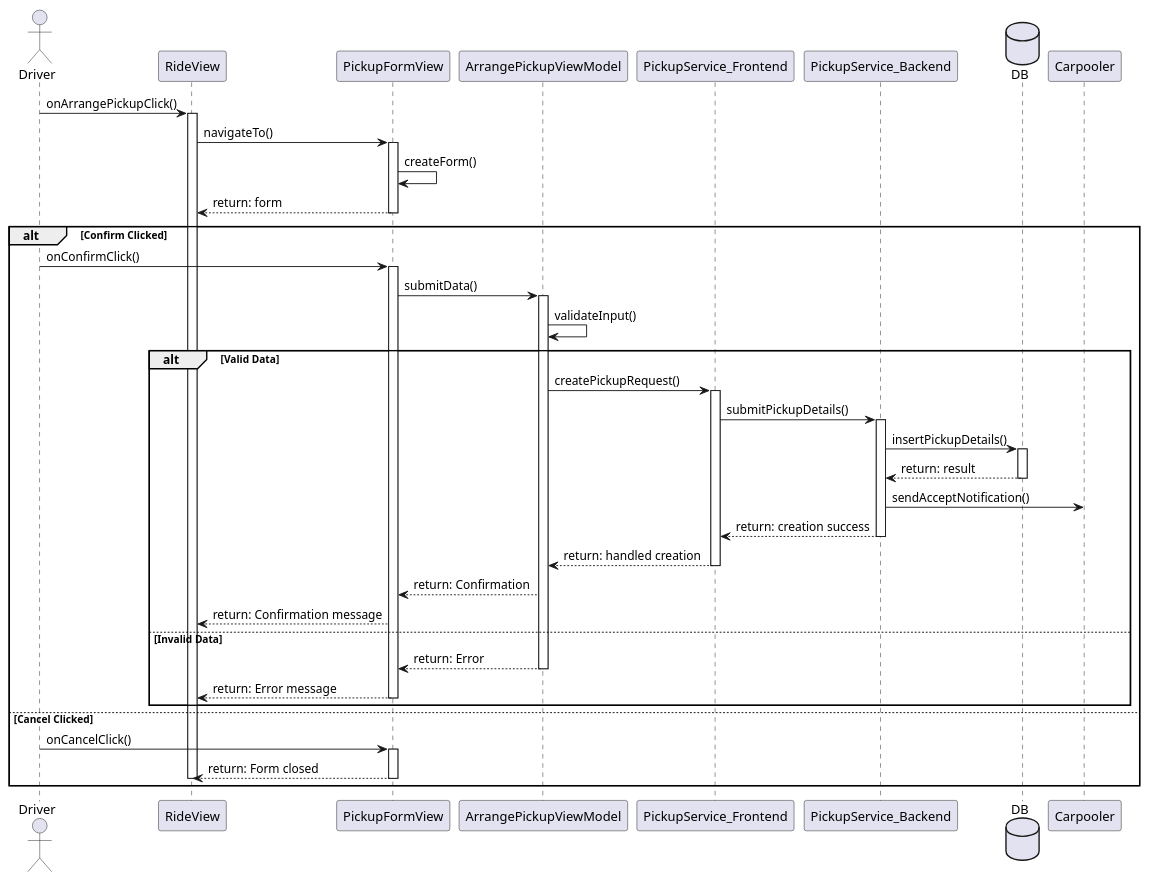
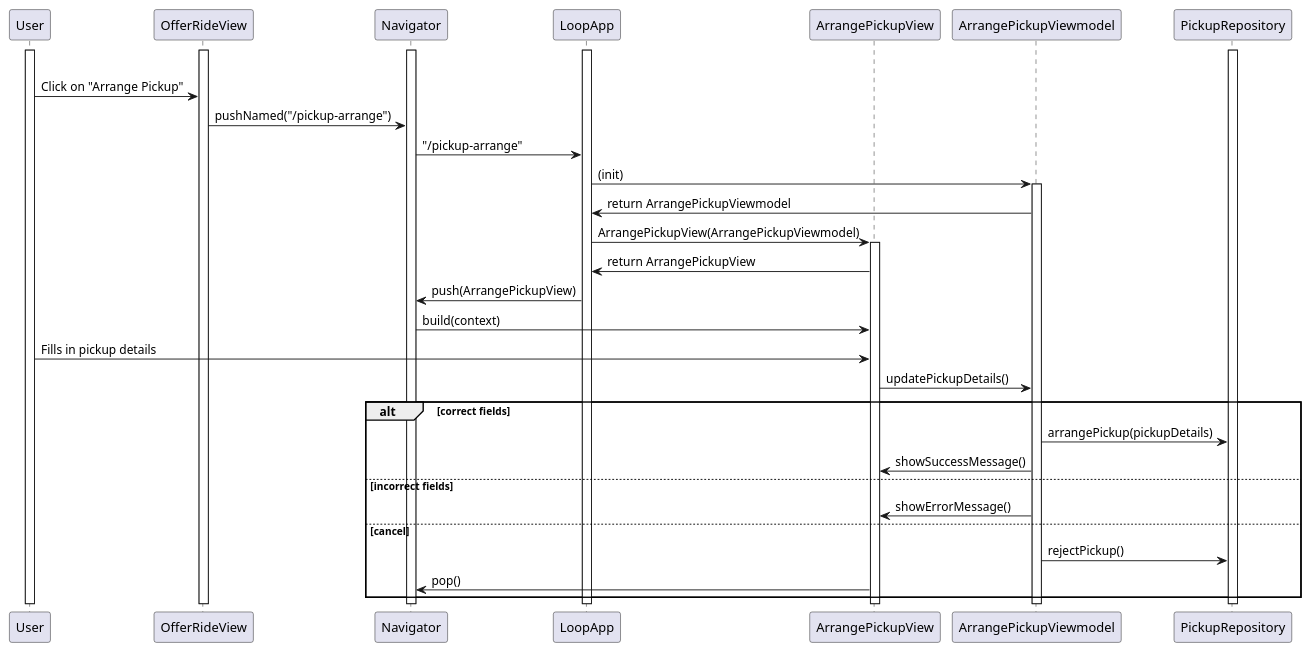
Before and after one commit to YannisRavasopoulos/ProjectSD_S6: the diagram in reports/sequence/arrange-pickup.plantuml, drawn with PlantUML.

Commit message:
Refactor arrange pickup sequence diagram to streamline flow and remove unused components

```diff
--- a/reports/sequence/arrange-pickup.plantuml
+++ b/reports/sequence/arrange-pickup.plantuml
@@ -1,79 +1,49 @@
 @startuml
-actor Driver
 
-participant RideView
-participant PickupFormView
-participant ArrangePickupViewModel
-participant PickupService_Frontend
-participant PickupService_Backend
-database DB
-participant Carpooler
+participant User
+participant OfferRideView
+participant Navigator
+participant LoopApp
 
-Driver -> RideView: onArrangePickupClick()
-activate RideView
-RideView -> PickupFormView: navigateTo()
-activate PickupFormView
+participant ArrangePickupView
+participant ArrangePickupViewmodel
+participant PickupRepository
 
+activate Navigator
+activate OfferRideView
+activate LoopApp
+activate User
+activate PickupRepository
 
-PickupFormView -> PickupFormView: createForm()
+alt Main Flow: Arrange Pickup
+User -> OfferRideView : Click on "Arrange Pickup"
+OfferRideView -> Navigator : pushNamed("/pickup-arrange")
+Navigator -> LoopApp : "/pickup-arrange"
+LoopApp -> ArrangePickupViewmodel : (init)
+activate ArrangePickupViewmodel
+ArrangePickupViewmodel -> LoopApp : return ArrangePickupViewmodel
+LoopApp -> ArrangePickupView : ArrangePickupView(ArrangePickupViewmodel)
+activate ArrangePickupView
+ArrangePickupView -> LoopApp : return ArrangePickupView
+LoopApp -> Navigator : push(ArrangePickupView)
+Navigator -> ArrangePickupView : build(context)
+User -> ArrangePickupView : Fills in pickup details
+ArrangePickupView -> ArrangePickupViewmodel : updatePickupDetails()
+alt correct fields
+ArrangePickupViewmodel -> PickupRepository : arrangePickup(pickupDetails)
+ArrangePickupViewmodel -> ArrangePickupView : showSuccessMessage()
+else incorrect fields
+ArrangePickupViewmodel -> ArrangePickupView : showErrorMessage()
+else cancel
+ArrangePickupViewmodel -> PickupRepository : rejectPickup()
+ArrangePickupView -> Navigator : pop()
 
-
-PickupFormView --> RideView: return: form
-deactivate PickupFormView
-
-
-
-alt Confirm Clicked
-    Driver -> PickupFormView: onConfirmClick()
-    activate PickupFormView
-    PickupFormView -> ArrangePickupViewModel: submitData()
-    
-
-    activate ArrangePickupViewModel
-    ArrangePickupViewModel -> ArrangePickupViewModel: validateInput()
-    
-    alt Valid Data
-        ArrangePickupViewModel -> PickupService_Frontend: createPickupRequest()
-        activate PickupService_Frontend
-        
-        PickupService_Frontend -> PickupService_Backend: submitPickupDetails()
-        activate PickupService_Backend
-        
-        PickupService_Backend -> DB: insertPickupDetails()
-        activate DB
-        DB --> PickupService_Backend: return: result
-        deactivate DB
-        
-        PickupService_Backend -> Carpooler: sendAcceptNotification()
-        PickupService_Backend --> PickupService_Frontend: return: creation success
-        deactivate PickupService_Backend
-        
-        PickupService_Frontend --> ArrangePickupViewModel: return: handled creation
-        deactivate PickupService_Frontend
-        
-        ArrangePickupViewModel --> PickupFormView: return: Confirmation
-       
-        PickupFormView --> RideView: return: Confirmation message
-        
-
-    else Invalid Data
-        ArrangePickupViewModel --> PickupFormView: return: Error
-        deactivate ArrangePickupViewModel
-     
-        PickupFormView --> RideView: return: Error message
-        deactivate PickupFormView
-    end
-
-else Cancel Clicked
-    Driver -> PickupFormView: onCancelClick()
-    activate PickupFormView
-    
-    PickupFormView --> RideView: return: Form closed
-    deactivate PickupFormView
-   
-    deactivate RideView
-    
 end
-
-deactivate ArrangePickupViewModel
+deactivate ArrangePickupViewmodel
+deactivate ArrangePickupView
+deactivate Navigator
+deactivate LoopApp
+deactivate OfferRideView
+deactivate User
+deactivate PickupRepository
 @enduml
```
